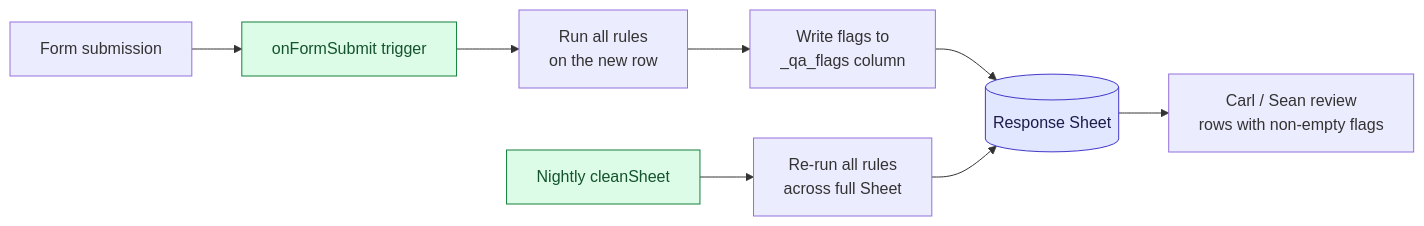
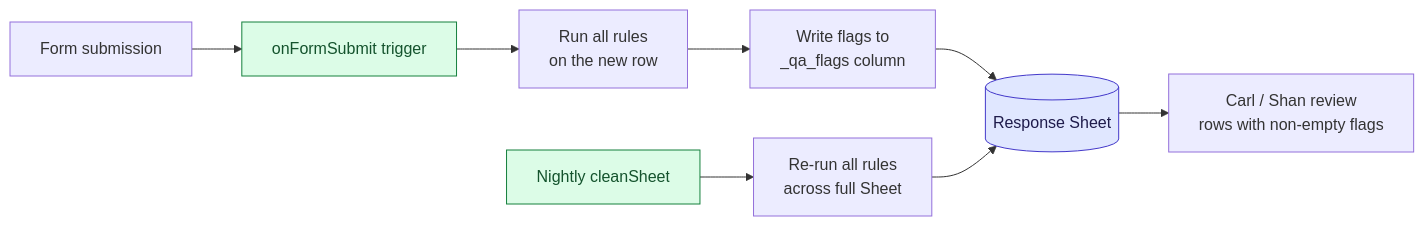
Before and after one commit to cplreyes/ASPSI-DOH-UHC-CAPI-Development: the first of 2 diagrams in deliverables/F2/F2-Cross-Field.md, drawn with Mermaid. The commit also changed other lines of this file and 11 other files, not shown here.

````diff
--- a/deliverables/F2/F2-Cross-Field.md
+++ b/deliverables/F2/F2-Cross-Field.md
@@ -17,15 +17,15 @@
 ```mermaid
 flowchart LR
     Submit[Form submission] --> Trigger[onFormSubmit trigger]
     Trigger --> Checks[Run all rules<br/>on the new row]
     Checks --> Flags[Write flags to<br/>_qa_flags column]
     Flags --> Sheet[(Response Sheet)]
     Nightly[Nightly cleanSheet] --> Full[Re-run all rules<br/>across full Sheet]
     Full --> Sheet
-    Sheet --> Review[Carl / Sean review<br/>rows with non-empty flags]
+    Sheet --> Review[Carl / Shan review<br/>rows with non-empty flags]
 
     classDef action fill:#dcfce7,stroke:#15803d,color:#14532d
     classDef store fill:#e0e7ff,stroke:#4338ca,color:#1e1b4b
     class Trigger,Nightly action
     class Sheet store
 ```
````
